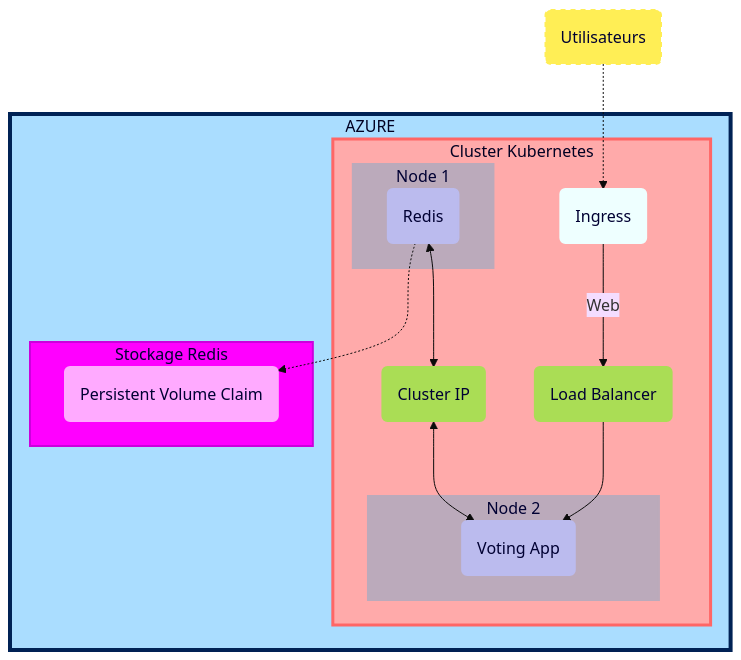
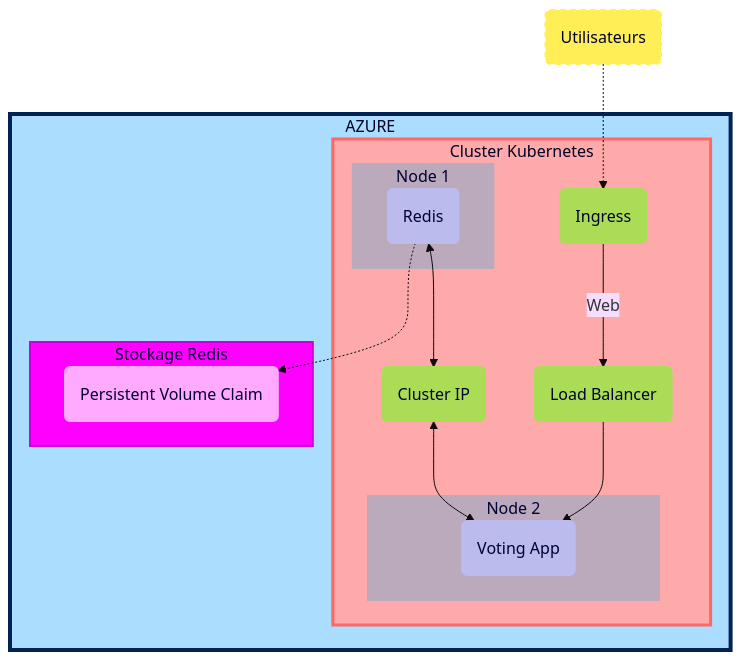
The diagram in Docs/Topologie Infrastructure.md (simplon-lerouxDunvael/Brief_6), drawn with Mermaid (base theme) before and after one commit.

Commit message:
topologie

````diff
--- a/Docs/Topologie Infrastructure.md
+++ b/Docs/Topologie Infrastructure.md
@@ -4,52 +4,50 @@
 ```mermaid
 flowchart TD
 
 user(Utilisateurs)
 
     subgraph AZ [AZURE]
         
         subgraph Cluster [Cluster Kubernetes]
             appGW(Load Balancer)
             cluster(Cluster IP)
             Nginx(Ingress)
 
             subgraph n1 [Node 1]
                 KT-temp1(Redis)
             end
 
             subgraph n2 [Node 2]
                 KT-temp2(Voting App)
             end
         end
 
         subgraph BDD [Stockage Redis]
             Stock(Persistent Volume Claim)
         end
 
     end
 
 appGW --> KT-temp2
 KT-temp1 -.-> Stock
 user -.-> Nginx --> |Web| appGW
 KT-temp1 <--> cluster <--> KT-temp2
 
     classDef rouge fill:#faa,stroke:#f66,stroke-width:3px,color:#002;
     class Cluster, rouge;
     classDef bleu fill:#adf,stroke:#025,stroke-width:4px,color:#002;
     class AZ, bleu;
     classDef fuschia fill:#f0f,stroke:#c0d,stroke-width:2px,color:#003;
     class BDD, fuschia;
     classDef vert fill:#ad5,stroke:#ad5,stroke-width:2px,color:#003;
-    class appGW,cluster, vert;
+    class appGW,cluster,Nginx, vert;
     classDef rose fill:#faf,stroke:#faf,stroke-width:2px,color:#003;
     class Stock, rose;
     classDef jaune fill:#fe5,stroke:#fe5,stroke-width:2px,color:#003,stroke-dasharray: 5 5;
     class user, jaune;
-    classDef blanc fill:#eff,stroke:#eff,stroke-width:2px,color:#003;
-    class Nginx, blanc;
     classDef gris fill:#bab,stroke:#bab,stroke-width:2px,color:#003;
     class n1,n2, gris;
     classDef bleugris fill:#bbe,stroke:#bbe,stroke-width:2px,color:#003;
     class KT-temp1,KT-temp2, bleugris;
 
 ```
````
